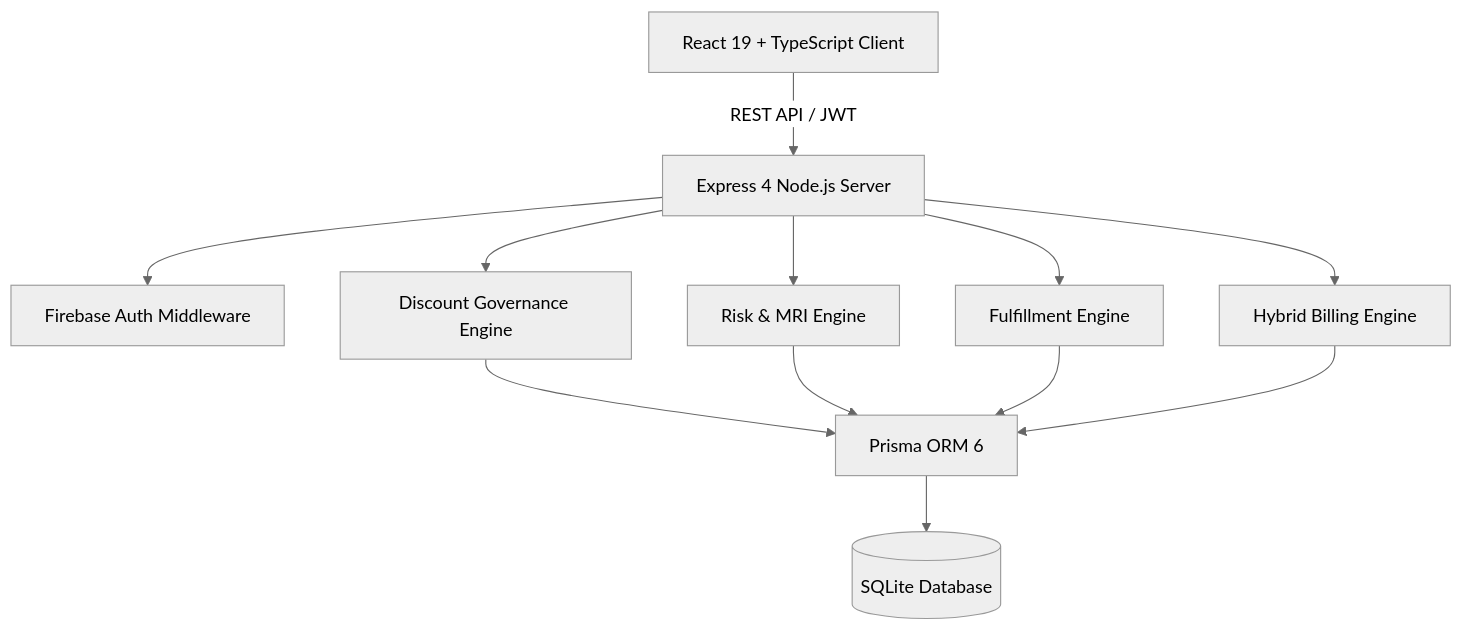
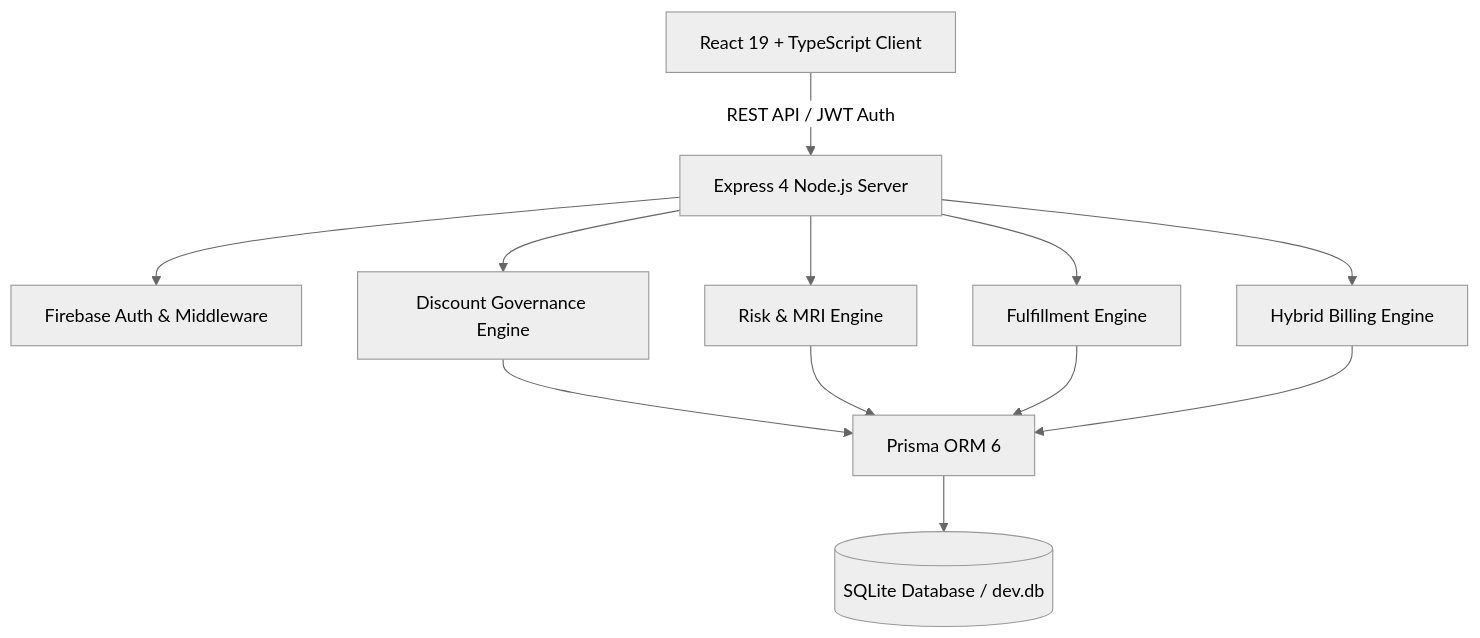
The second of 2 diagrams in README.md (abdul05kh/DealFlow360), drawn with Mermaid (neutral theme) before and after one commit. The commit also changed other lines of this file, not shown here.

Commit message:
docs(readme): improve architecture and technology overview

````diff
--- a/README.md
+++ b/README.md
@@ -156,14 +156,14 @@
 ```mermaid
 graph TD
-    Client[React 19 + TypeScript Client] -->|REST API / JWT| Server[Express 4 Node.js Server]
-    Server --> Auth[Firebase Auth Middleware]
+    Client[React 19 + TypeScript Client] -->|REST API / JWT Auth| Server[Express 4 Node.js Server]
+    Server --> Auth[Firebase Auth & Middleware]
     Server --> Gov[Discount Governance Engine]
     Server --> Risk[Risk & MRI Engine]
     Server --> Fulfill[Fulfillment Engine]
     Server --> Bill[Hybrid Billing Engine]
     Gov --> Prisma[Prisma ORM 6]
     Risk --> Prisma
     Fulfill --> Prisma
     Bill --> Prisma
-    Prisma --> DB[(SQLite Database)]
+    Prisma --> DB[(SQLite Database / dev.db)]
 ```
````
